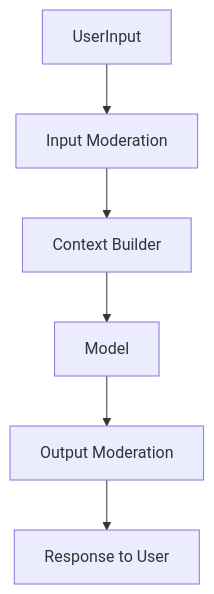
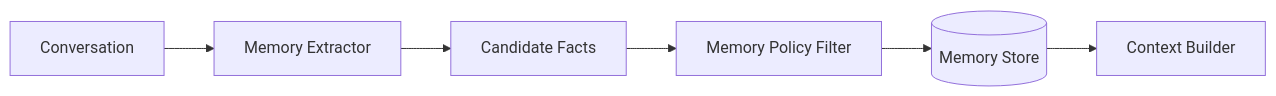
Before and after one commit to gojosatoru123-ux/CacheU: the seventh of 11 diagrams in src/content/design-a-realtime-ai-chat-system.md, drawn with Mermaid. The commit also changed other lines of this file and 17 other files, not shown here.

````diff
--- a/src/content/design-a-realtime-ai-chat-system.md
+++ b/src/content/design-a-realtime-ai-chat-system.md
@@ -795,8 +774,8 @@
 ```mermaid
-flowchart TD
-    UserInput --> InMod[Input Moderation]
-    InMod --> Context[Context Builder]
-    Context --> Model[Model]
-    Model --> OutMod[Output Moderation]
-    OutMod --> UserOutput[Response to User]
+flowchart LR
+    Conversation[Conversation] --> Extractor[Memory Extractor]
+    Extractor --> Candidate[Candidate Facts]
+    Candidate --> Policy[Memory Policy Filter]
+    Policy --> MemoryStore[(Memory Store)]
+    MemoryStore --> ContextBuilder[Context Builder]
 ```
````
